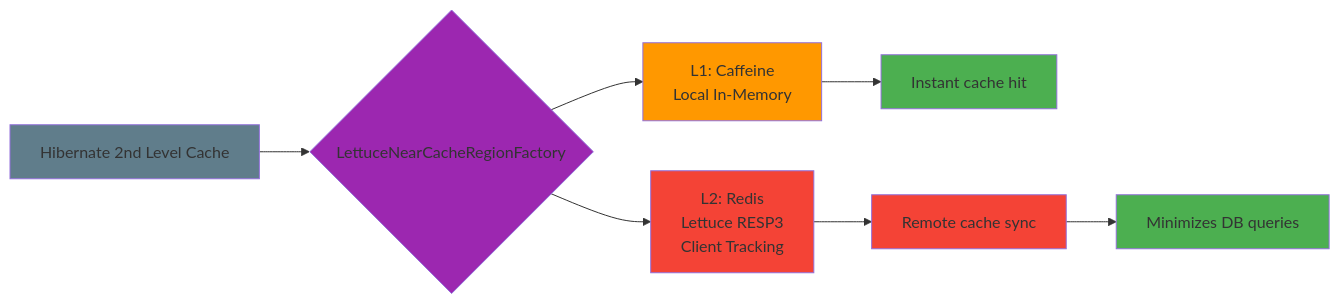
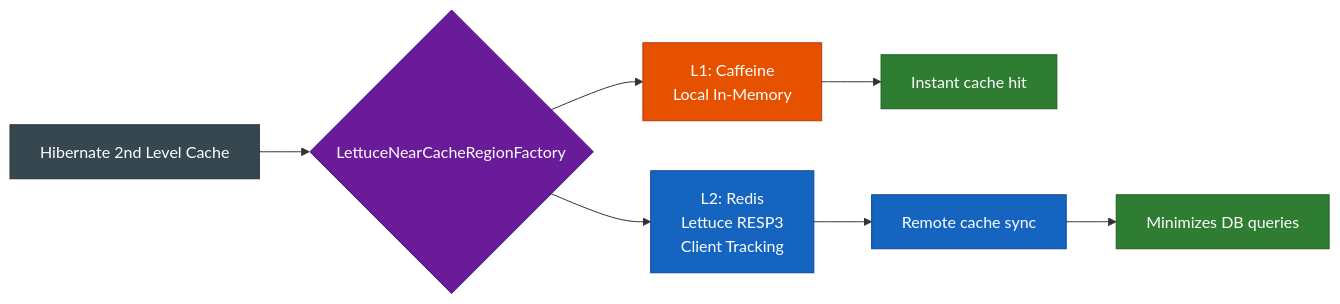
Before and after one commit to bluetape4k/bluetape4k-projects: the first of 3 diagrams in data/hibernate-cache-lettuce/README.md, drawn with Mermaid. The commit also changed other lines of this file and 221 other files, not shown here.

First line of the commit message:
docs: 전체 모듈 README UML 다이어그램 보강 및 색상 업그레이드

````diff
--- a/data/hibernate-cache-lettuce/README.md
+++ b/data/hibernate-cache-lettuce/README.md
@@ -15,17 +15,23 @@
 ```mermaid
 flowchart LR
     A[Hibernate 2nd Level Cache] --> B{LettuceNearCacheRegionFactory}
     B --> C[L1: Caffeine\nLocal In-Memory]
     B --> D[L2: Redis\nLettuce RESP3\nClient Tracking]
     C --> E[Instant cache hit]
     D --> F[Remote cache sync]
     F --> G[Minimizes DB queries]
 
-    style A fill:#607D8B
-    style B fill:#9C27B0
-    style C fill:#FF9800
-    style D fill:#F44336
-    style E fill:#4CAF50
-    style F fill:#F44336
-    style G fill:#4CAF50
+    classDef hibernateStyle fill:#37474F,stroke:#263238,color:#FFFFFF
+    classDef factoryStyle fill:#6A1B9A,stroke:#4A148C,color:#FFFFFF
+    classDef l1Style fill:#E65100,stroke:#BF360C,color:#FFFFFF
+    classDef l2Style fill:#1565C0,stroke:#0D47A1,color:#FFFFFF
+    classDef resultStyle fill:#2E7D32,stroke:#1B5E20,color:#FFFFFF
+
+    class A hibernateStyle
+    class B factoryStyle
+    class C l1Style
+    class D l2Style
+    class E resultStyle
+    class F l2Style
+    class G resultStyle
 ```
````
